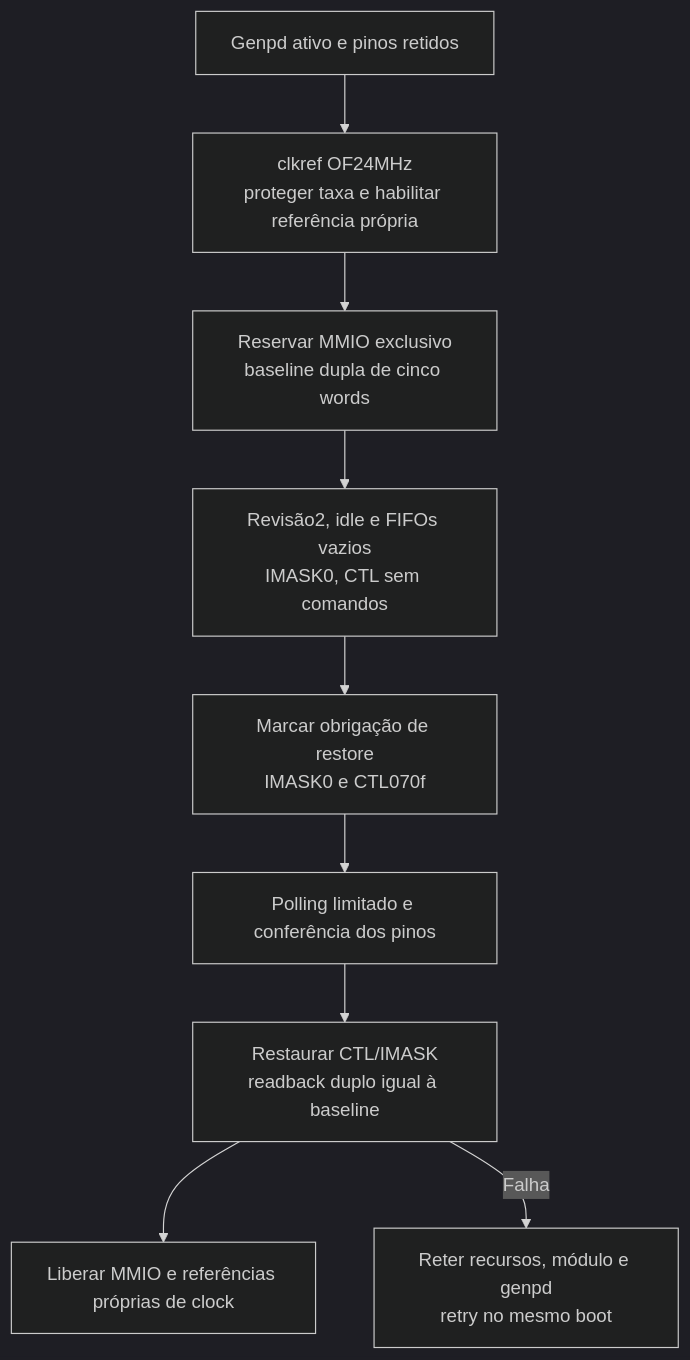
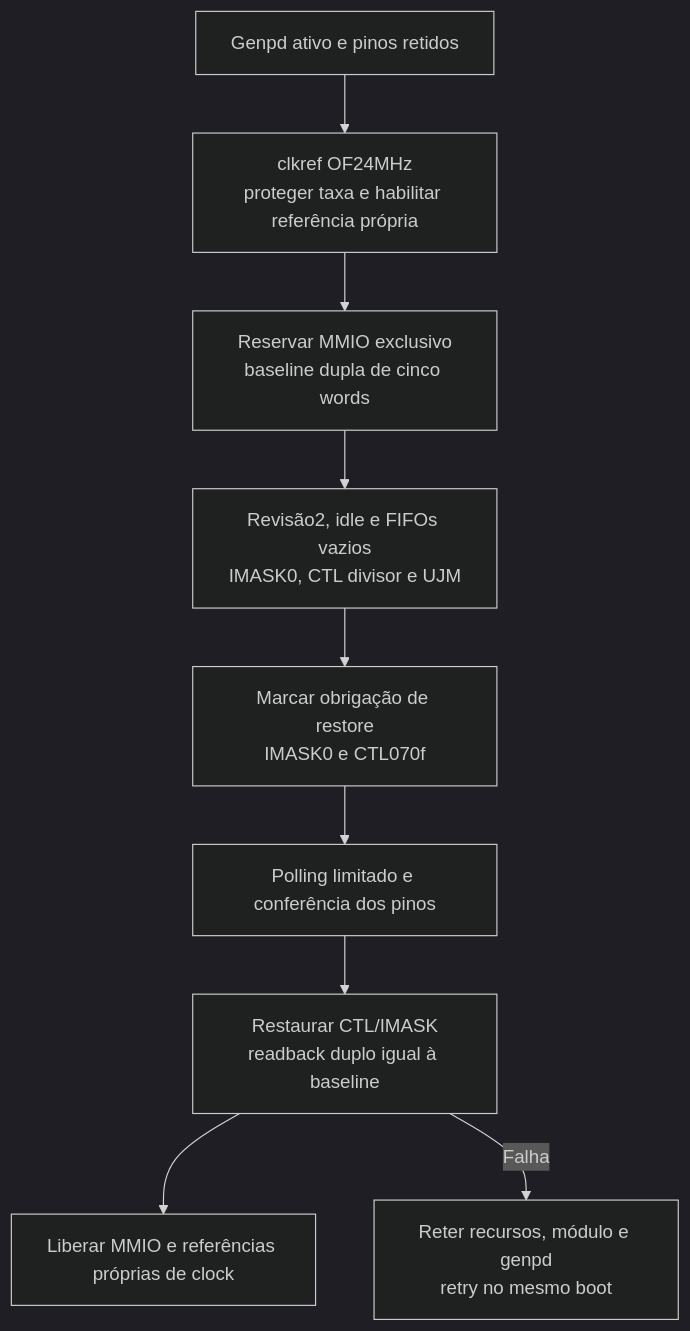
The diagram in iphone-linux-tools/docs/N71_I2C_CONTROLLER.md (djalmajr/iphone6s-linux), drawn with Mermaid (dark theme) before and after one commit. The commit also changed other lines of this file and 6 other files, not shown here.

Commit message:
Handle the observed idle UJM baseline in N71 I2C

````diff
--- a/iphone-linux-tools/docs/N71_I2C_CONTROLLER.md
+++ b/iphone-linux-tools/docs/N71_I2C_CONTROLLER.md
@@ -13,11 +13,11 @@
 ```mermaid
 flowchart TD
   A["Genpd ativo e pinos retidos"] --> B["clkref OF24MHz<br>proteger taxa e habilitar referência própria"]
   B --> C["Reservar MMIO exclusivo<br>baseline dupla de cinco words"]
-  C --> D["Revisão2, idle e FIFOs vazios<br>IMASK0, CTL sem comandos"]
+  C --> D["Revisão2, idle e FIFOs vazios<br>IMASK0, CTL divisor e UJM"]
   D --> E["Marcar obrigação de restore<br>IMASK0 e CTL070f"]
   E --> F["Polling limitado e conferência dos pinos"]
   F --> G["Restaurar CTL/IMASK<br>readback duplo igual à baseline"]
   G --> H["Liberar MMIO e referências próprias de clock"]
   G -->|"Falha"| I["Reter recursos, módulo e genpd<br>retry no mesmo boot"]
 ```
````
